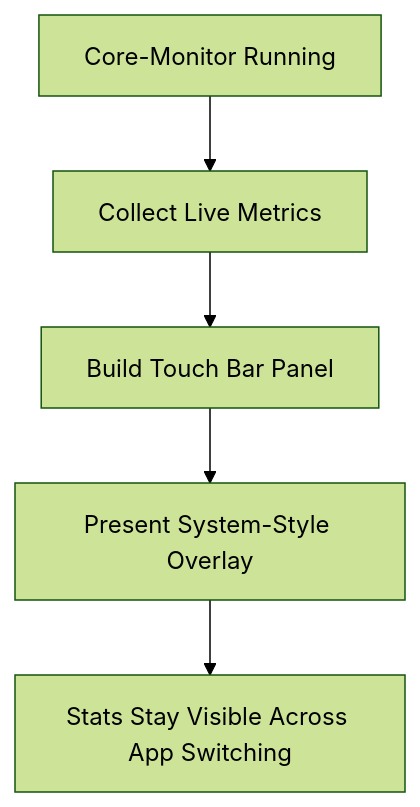
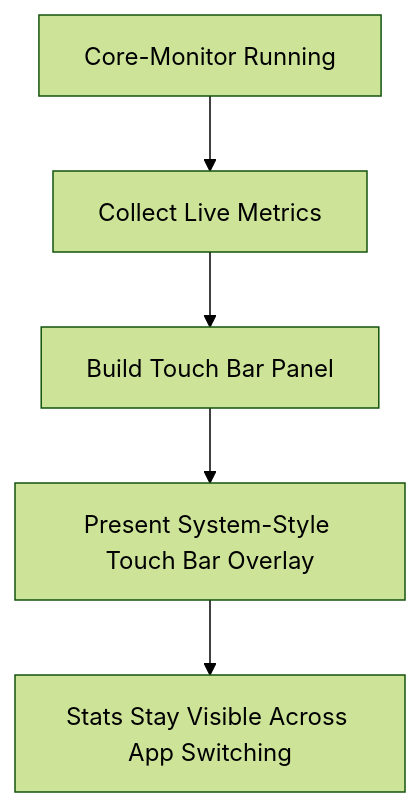
One commit to offyotto/Core-Monitor changed the second of 2 diagrams in README.md. Above: the diagram before and after it, drawn with Mermaid (forest theme). The commit also changed other lines of this file, not shown here.

````diff
--- a/README.md
+++ b/README.md
@@ -135,7 +159,7 @@
 ```mermaid
 flowchart TD
     A["Core-Monitor Running"] --> B["Collect Live Metrics"]
     B --> C["Build Touch Bar Panel"]
-    C --> D["Present System-Style Overlay"]
+    C --> D["Present System-Style Touch Bar Overlay"]
     D --> E["Stats Stay Visible Across App Switching"]
 ```
````
